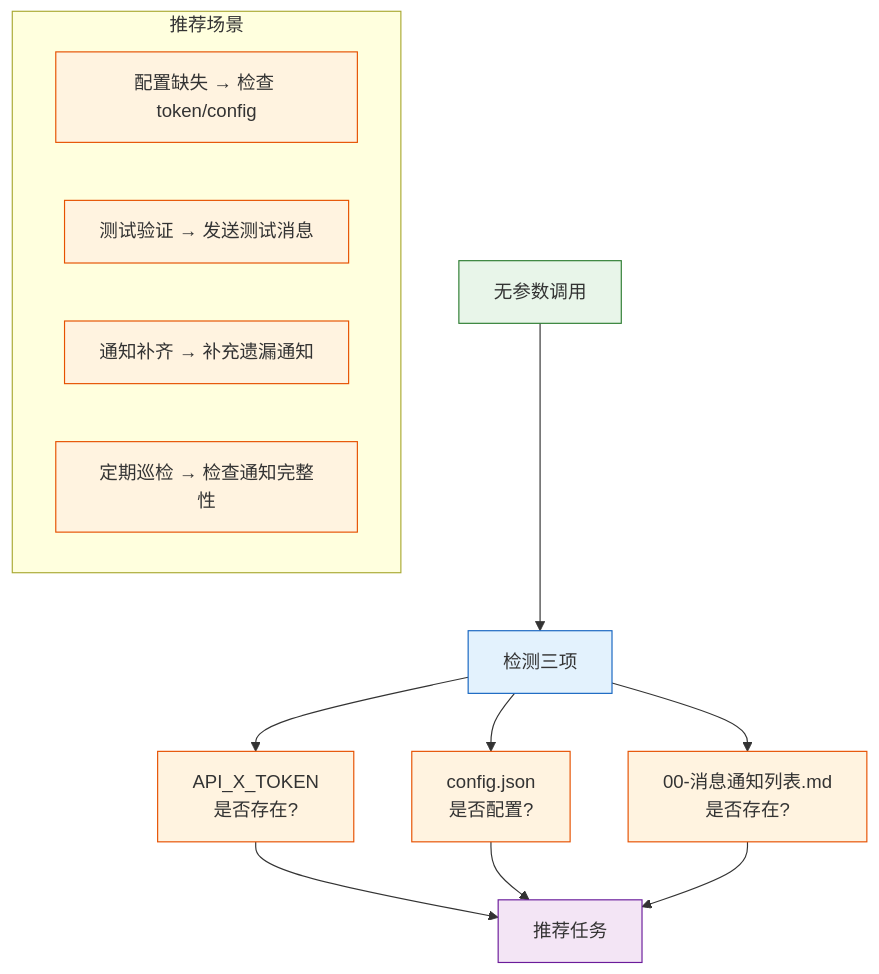
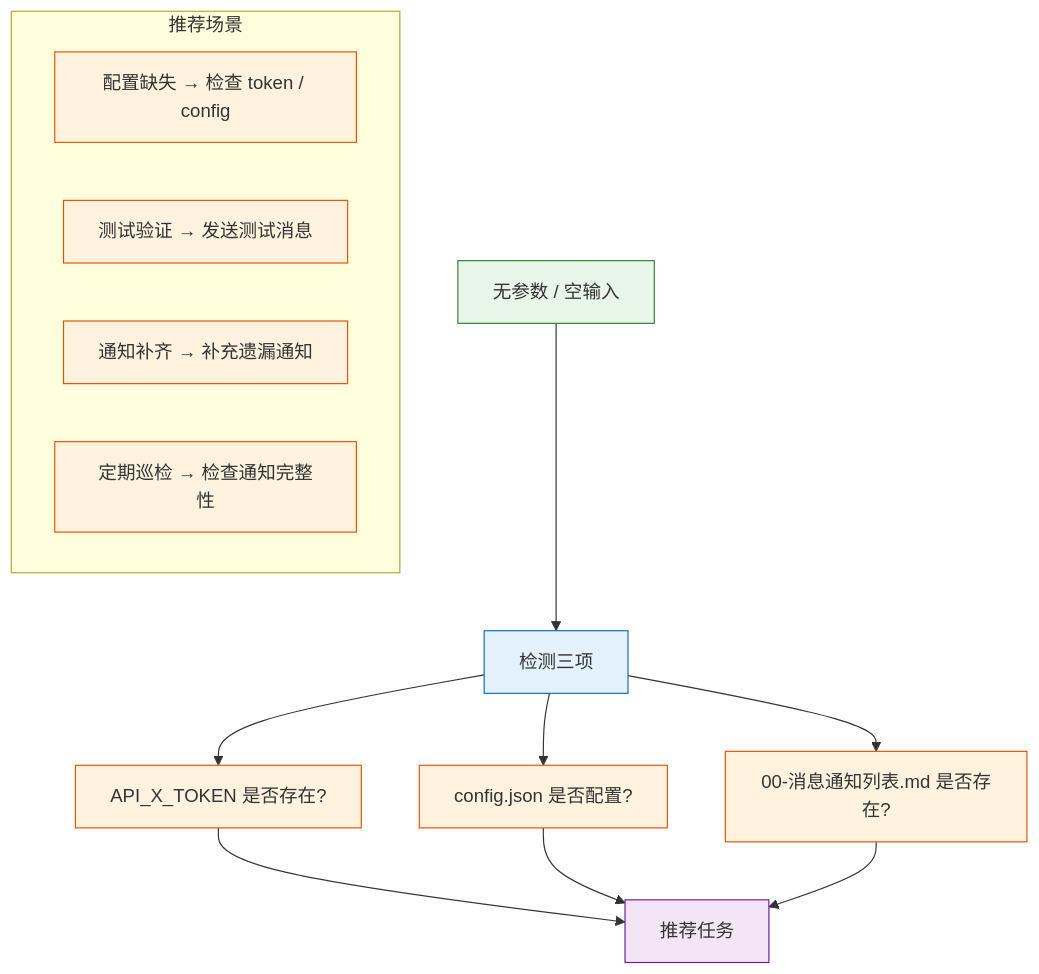
The tenth of 11 diagrams in skills/wework-bot/SKILL.md (effiy/YrY), drawn with Mermaid before and after one commit. The commit also changed other lines of this file and 14 other files, not shown here.

````diff
--- a/skills/wework-bot/SKILL.md
+++ b/skills/wework-bot/SKILL.md
@@ -225,22 +363,22 @@
 ```mermaid
 flowchart TD
-    EMPTY["无参数调用"]:::src --> CHECK["检测三项"]:::op
-    CHECK --> T1["API_X_TOKEN<br/>是否存在?"]:::check
-    CHECK --> T2["config.json<br/>是否配置?"]:::check
-    CHECK --> T3["00-消息通知列表.md<br/>是否存在?"]:::check
+    EMPTY["无参数 / 空输入"]:::src --> CHECK["检测三项"]:::op
+    CHECK --> T1["API_X_TOKEN 是否存在?"]:::check
+    CHECK --> T2["config.json 是否配置?"]:::check
+    CHECK --> T3["00-消息通知列表.md 是否存在?"]:::check
 
     T1 & T2 & T3 --> RECOMMEND["推荐任务"]:::out
 
     subgraph 推荐["推荐场景"]
-        R1["配置缺失 → 检查 token/config"]:::rec
+        R1["配置缺失 → 检查 token / config"]:::rec
         R2["测试验证 → 发送测试消息"]:::rec
         R3["通知补齐 → 补充遗漏通知"]:::rec
         R4["定期巡检 → 检查通知完整性"]:::rec
     end
 
     classDef src fill:#e8f5e9,stroke:#2e7d32;
     classDef op fill:#e3f2fd,stroke:#1565c0;
     classDef check fill:#fff3e0,stroke:#e65100;
     classDef out fill:#f3e5f5,stroke:#6a1b9a;
     classDef rec fill:#fff3e0,stroke:#e65100;
 ```
````
